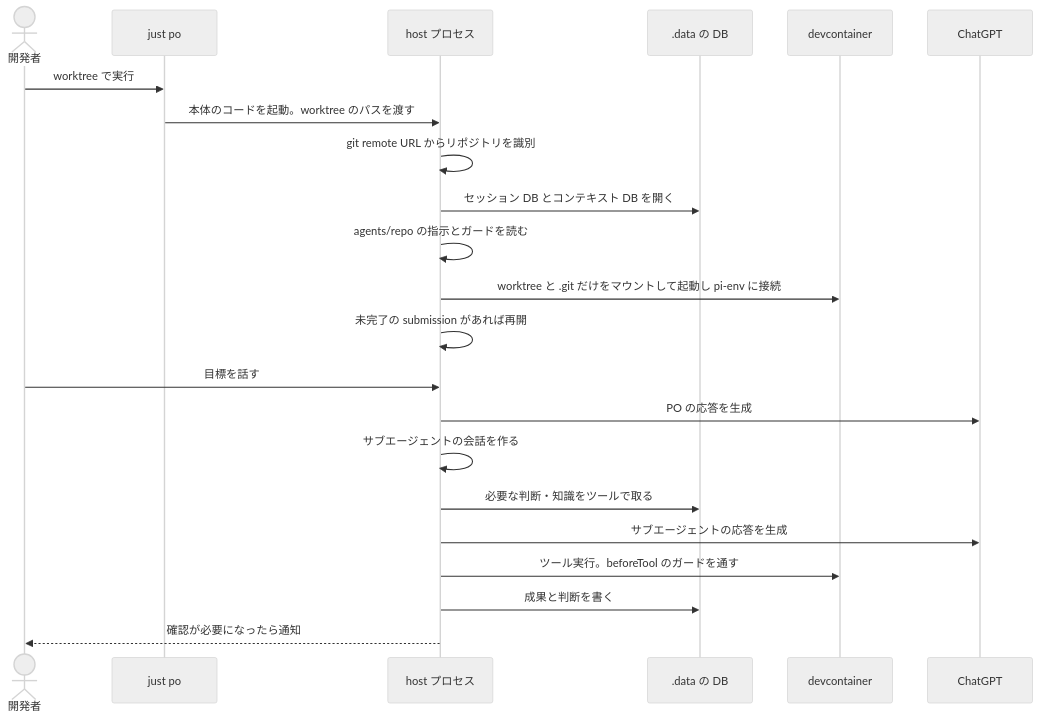
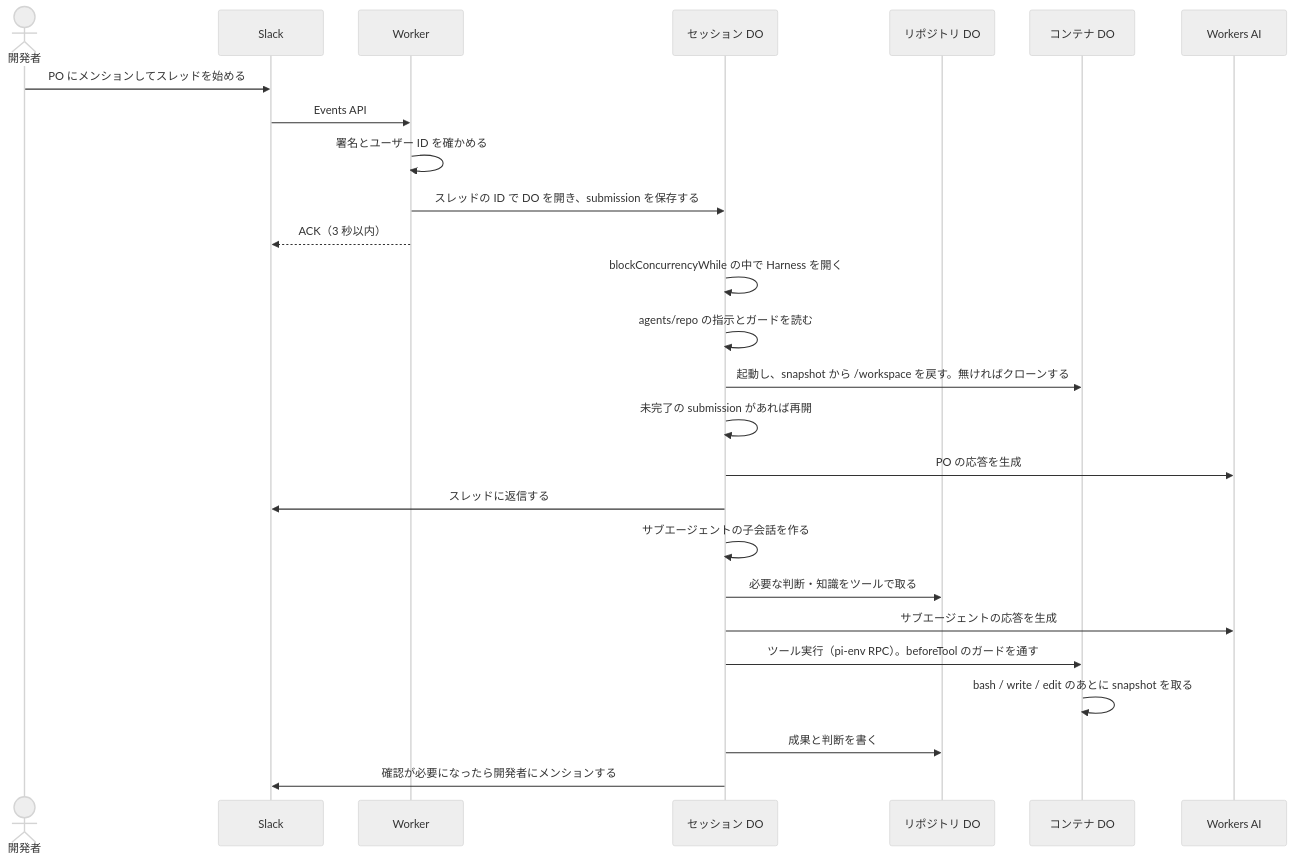
Before and after one commit to Hol1kgmg/pi-agent-filed: the second of 3 diagrams in docs/architecture.md, drawn with Mermaid (neutral theme). The commit also changed other lines of this file and 19 other files, not shown here.

````diff
--- a/docs/architecture.md
+++ b/docs/architecture.md
@@ -94,24 +88,28 @@
 ```mermaid
 sequenceDiagram
   actor Dev as 開発者
-  participant Just as just po
-  participant Host as host プロセス
-  participant DB as .data の DB
-  participant Ctr as devcontainer
-  participant LLM as ChatGPT
-  Dev->>Just: worktree で実行
-  Just->>Host: 本体のコードを起動。worktree のパスを渡す
-  Host->>Host: git remote URL からリポジトリを識別
-  Host->>DB: セッション DB とコンテキスト DB を開く
-  Host->>Host: agents/repo の指示とガードを読む
-  Host->>Ctr: worktree と .git だけをマウントして起動し pi-env に接続
-  Host->>Host: 未完了の submission があれば再開
-  Dev->>Host: 目標を話す
-  Host->>LLM: PO の応答を生成
-  Host->>Host: サブエージェントの会話を作る
-  Host->>DB: 必要な判断・知識をツールで取る
-  Host->>LLM: サブエージェントの応答を生成
-  Host->>Ctr: ツール実行。beforeTool のガードを通す
-  Host->>DB: 成果と判断を書く
-  Host-->>Dev: 確認が必要になったら通知
+  participant SL as Slack
+  participant W as Worker
+  participant S as セッション DO
+  participant R as リポジトリ DO
+  participant C as コンテナ DO
+  participant LLM as Workers AI
+  Dev->>SL: PO にメンションしてスレッドを始める
+  SL->>W: Events API
+  W->>W: 署名とユーザー ID を確かめる
+  W->>S: スレッドの ID で DO を開き、submission を保存する
+  W-->>SL: ACK（3 秒以内）
+  S->>S: blockConcurrencyWhile の中で Harness を開く
+  S->>S: agents/repo の指示とガードを読む
+  S->>C: 起動し、snapshot から /workspace を戻す。無ければクローンする
+  S->>S: 未完了の submission があれば再開
+  S->>LLM: PO の応答を生成
+  S->>SL: スレッドに返信する
+  S->>S: サブエージェントの子会話を作る
+  S->>R: 必要な判断・知識をツールで取る
+  S->>LLM: サブエージェントの応答を生成
+  S->>C: ツール実行（pi-env RPC）。beforeTool のガードを通す
+  C->>C: bash / write / edit のあとに snapshot を取る
+  S->>R: 成果と判断を書く
+  S->>SL: 確認が必要になったら開発者にメンションする
 ```
````
